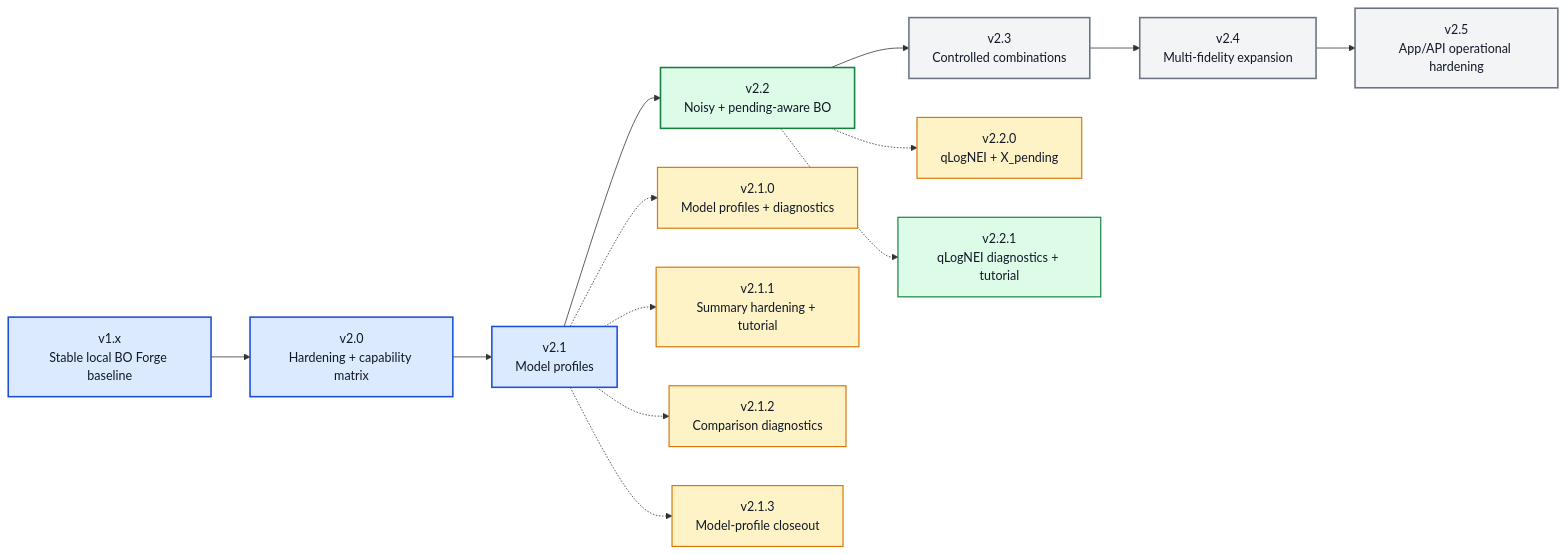
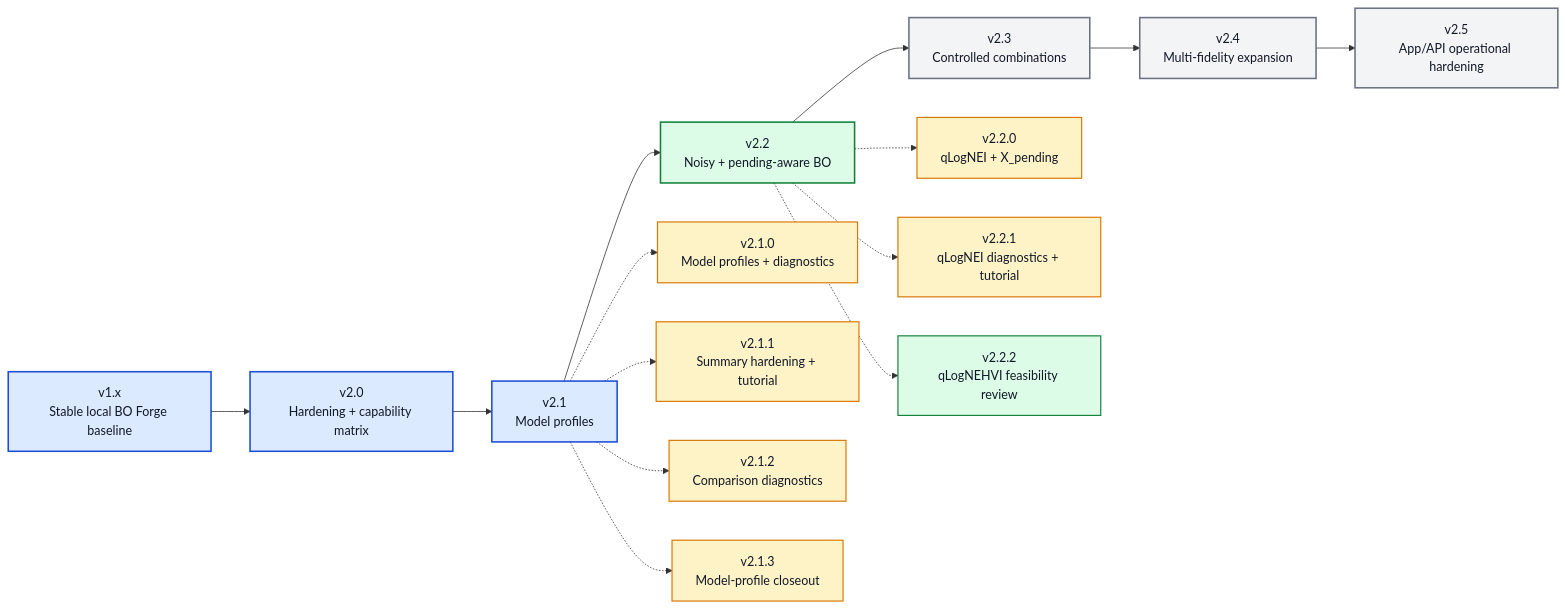
Before and after one commit to angzeli/bo-forge: the diagram in ROADMAP_V2_X.md, drawn with Mermaid. The commit also changed other lines of this file and 23 other files, not shown here.

Commit message:
v2.2.2 update: Review qLogNEHVI feasibility

````diff
--- a/ROADMAP_V2_X.md
+++ b/ROADMAP_V2_X.md
@@ -15,31 +15,33 @@
 ```mermaid
 flowchart LR
     v10["v1.x<br/>Stable local BO Forge baseline"] --> v20["v2.0<br/>Hardening + capability matrix"] --> v21["v2.1<br/>Model profiles"] --> v22["v2.2<br/>Noisy + pending-aware BO"] --> v23["v2.3<br/>Controlled combinations"] --> v24["v2.4<br/>Multi-fidelity expansion"] --> v25["v2.5<br/>App/API operational hardening"]
 
     v210["v2.1.0<br/>Model profiles + diagnostics"]
     v211["v2.1.1<br/>Summary hardening + tutorial"]
     v212["v2.1.2<br/>Comparison diagnostics"]
     v213["v2.1.3<br/>Model-profile closeout"]
     v220["v2.2.0<br/>qLogNEI + X_pending"]
     v221["v2.2.1<br/>qLogNEI diagnostics + tutorial"]
+    v222["v2.2.2<br/>qLogNEHVI feasibility review"]
 
     v21 -.-> v210
     v21 -.-> v211
     v21 -.-> v212
     v21 -.-> v213
     v22 -.-> v220
     v22 -.-> v221
+    v22 -.-> v222
 
     class v10,v20,v21 majorDone
     class v22 majorActive
     class v23,v24,v25 majorFuture
     class v210,v211,v212,v213 patchDone
-    class v220 patchDone
-    class v221 patchActive
+    class v220,v221 patchDone
+    class v222 patchActive
 
     classDef majorDone fill:#dbeafe,stroke:#1d4ed8,stroke-width:2px,color:#111827;
     classDef majorActive fill:#dcfce7,stroke:#15803d,stroke-width:2px,color:#111827;
     classDef majorFuture fill:#f3f4f6,stroke:#6b7280,stroke-width:2px,color:#111827;
     classDef patchDone fill:#fef3c7,stroke:#d97706,stroke-width:1.5px,color:#111827;
     classDef patchActive fill:#dcfce7,stroke:#15803d,stroke-width:1.5px,color:#111827;
 ```
````
